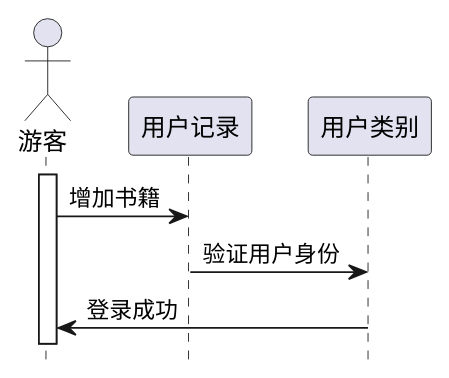
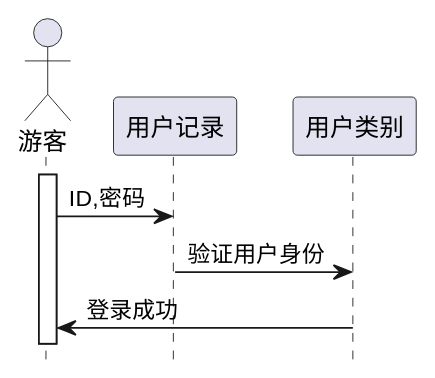
Before and after one commit to ccm1314/is_analysis-9: the diagram in test6/src/login.puml, drawn with PlantUML. The commit also changed 1 other file, not shown here.

```diff
--- a/test6/src/login.puml
+++ b/test6/src/login.puml
@@ -1,13 +1,13 @@
 @startuml
 hide footbox
 
 actor 游客
 
 participant 用户记录
 participant 用户类别
 
 activate 游客
-游客->用户记录:增加书籍
+游客->用户记录:ID,密码
 用户记录->用户类别:验证用户身份
 用户类别->游客:登录成功
 @enduml
```
